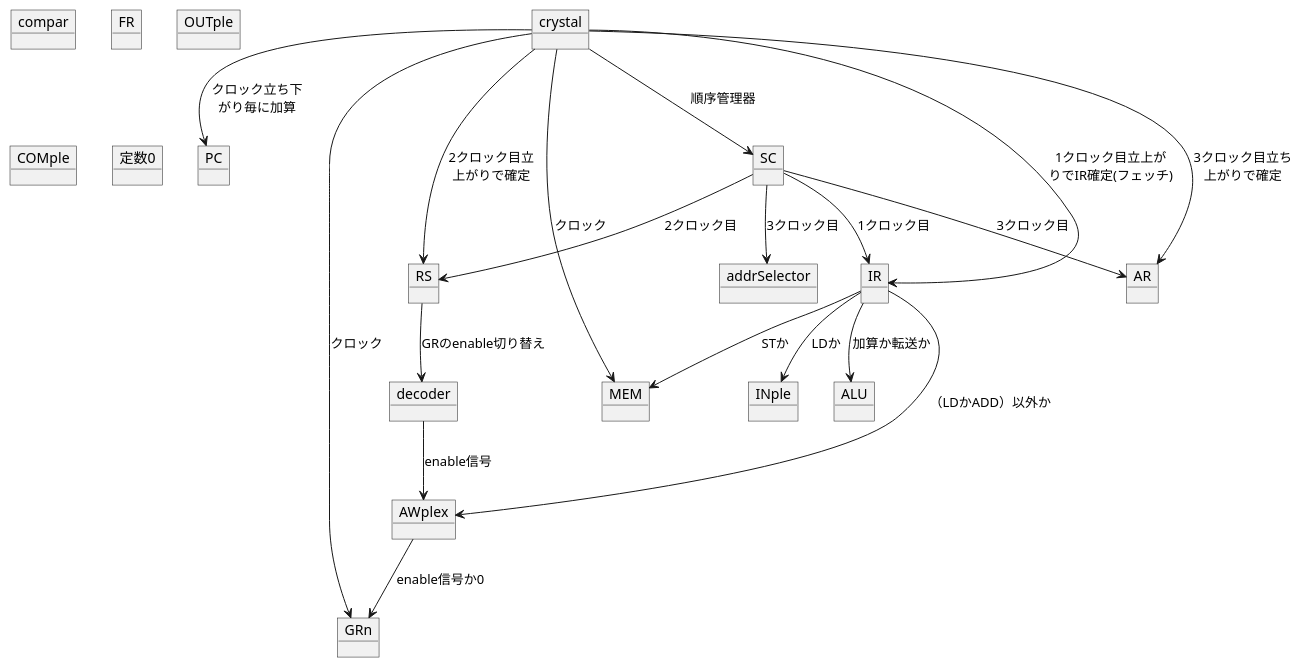
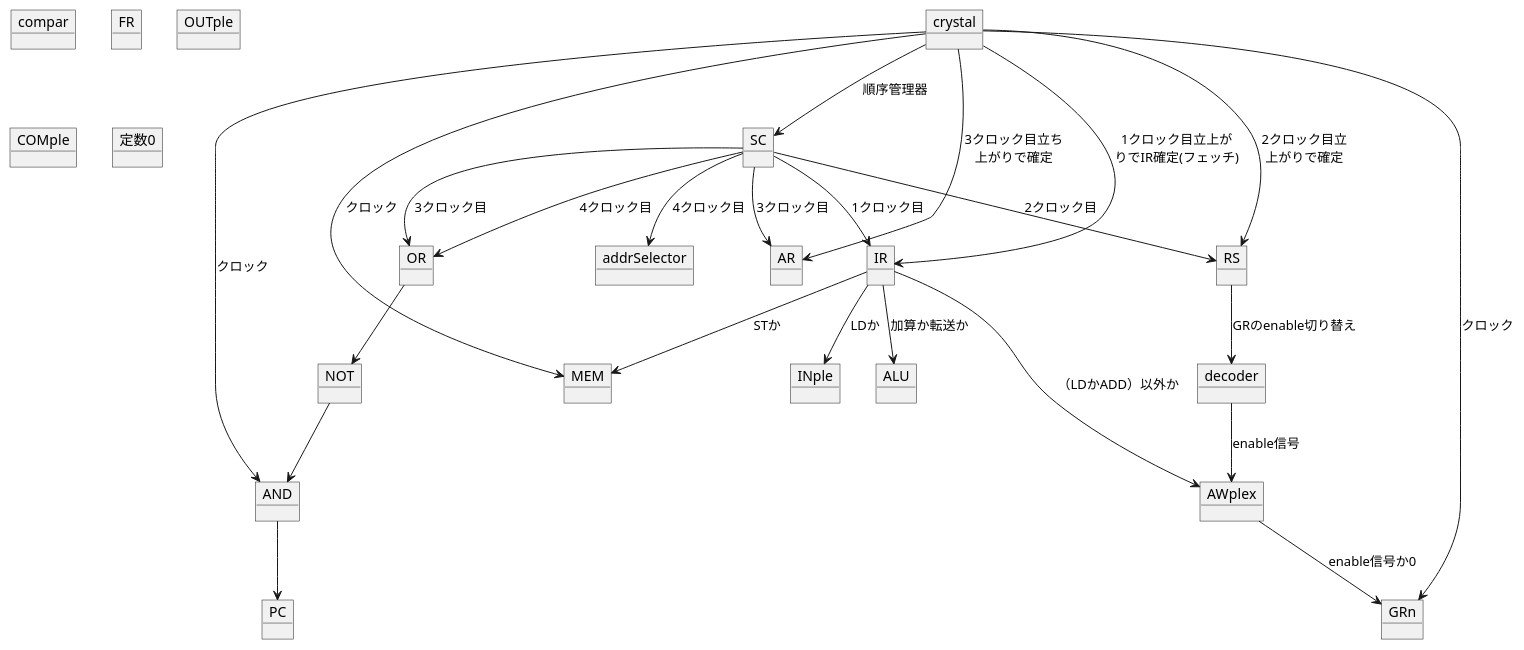
The second of 2 diagrams in note.md (SeiyaIwabuchi/myCPU-2), drawn with PlantUML before and after one commit. The commit also changed 2 other files, not shown here.

Commit message:
オペランド読み出し順序回路完成ノート未記入

````diff
--- a/note.md
+++ b/note.md
@@ -112,40 +112,50 @@
 ```plantuml
 @startuml
 object PC
 object MEM
 object IR
 object GRn
 object compar
 object FR
 object crystal
 object SC
 object RS
 object INple
 object OUTple
 object COMple
 object decoder
 object ALU
 object 定数0
 object AWplex
 object AR
 object addrSelector
+object OR
+object NOT
+object AND
 crystal --> SC:順序管理器
-crystal --> PC:クロック立ち下\nがり毎に加算
+
+crystal --> AND:クロック
+SC --> OR:3クロック目
+SC --> OR:4クロック目
+OR --> NOT
+NOT --> AND
+AND --> PC
 SC --> IR:1クロック目
 crystal --> IR:1クロック目立上が\nりでIR確定(フェッチ)
 RS --> decoder:GRのenable切り替え
 crystal --> RS:2クロック目立\n上がりで確定
 SC --> RS:2クロック目
 IR --> AWplex:（LDかADD）以外か
 decoder --> AWplex:enable信号
 AWplex --> GRn:enable信号か0
 crystal --> GRn:クロック
 crystal --> MEM:クロック
 IR --> ALU:加算か転送か
 IR --> INple:LDか
 IR --> MEM:STか
 crystal --> AR:3クロック目立ち\n上がりで確定
 SC --> AR:3クロック目
-SC --> addrSelector:3クロック目
+SC --> addrSelector:4クロック目
+
 @enduml
 ```
````
